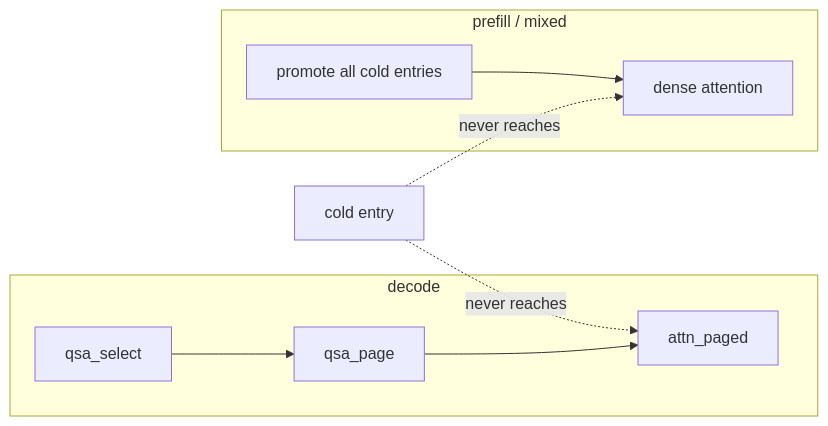
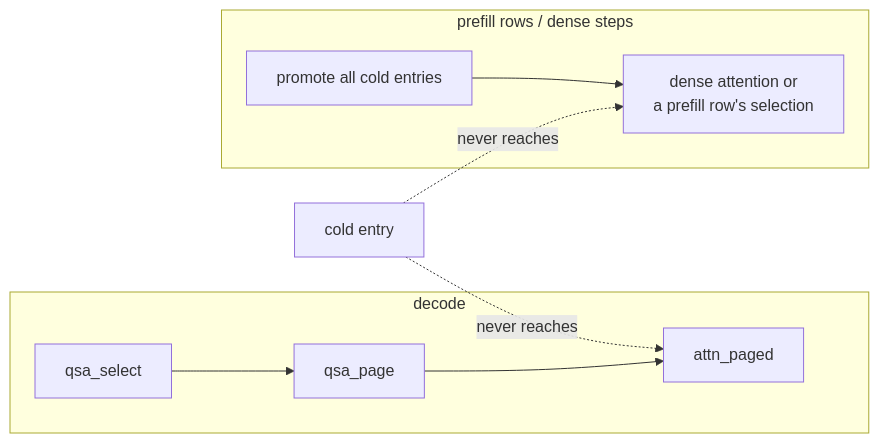
The sixth of 6 diagrams in README.md (Code000-211/RadianceMemory), drawn with Mermaid before and after one commit. The commit also changed other lines of this file and 5 other files, not shown here.

````diff
--- a/README.md
+++ b/README.md
@@ -402,11 +414,11 @@
 ```mermaid
 flowchart LR
     subgraph decode
         S[qsa_select] --> P[qsa_page] --> A[attn_paged]
     end
-    subgraph dense [prefill / mixed]
-        PR[promote all cold entries] --> D[dense attention]
+    subgraph dense [prefill rows / dense steps]
+        PR[promote all cold entries] --> D[dense attention or<br/>a prefill row's selection]
     end
     X[cold entry] -. never reaches .-> A
     X -. never reaches .-> D
 ```
````
